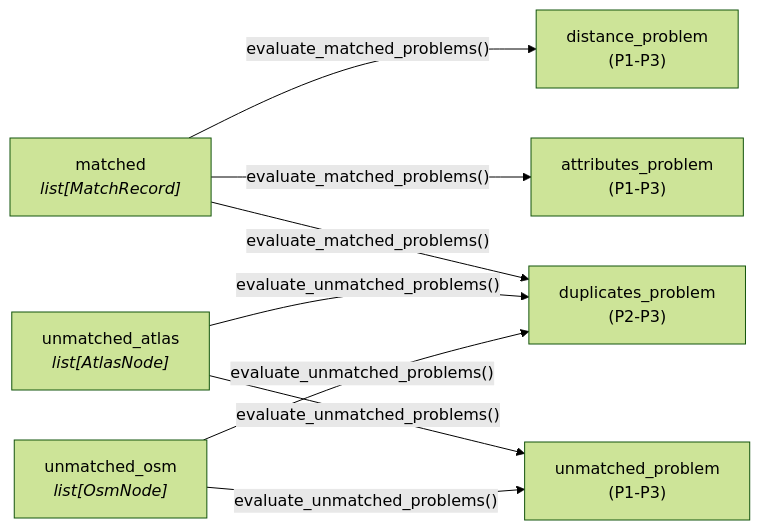
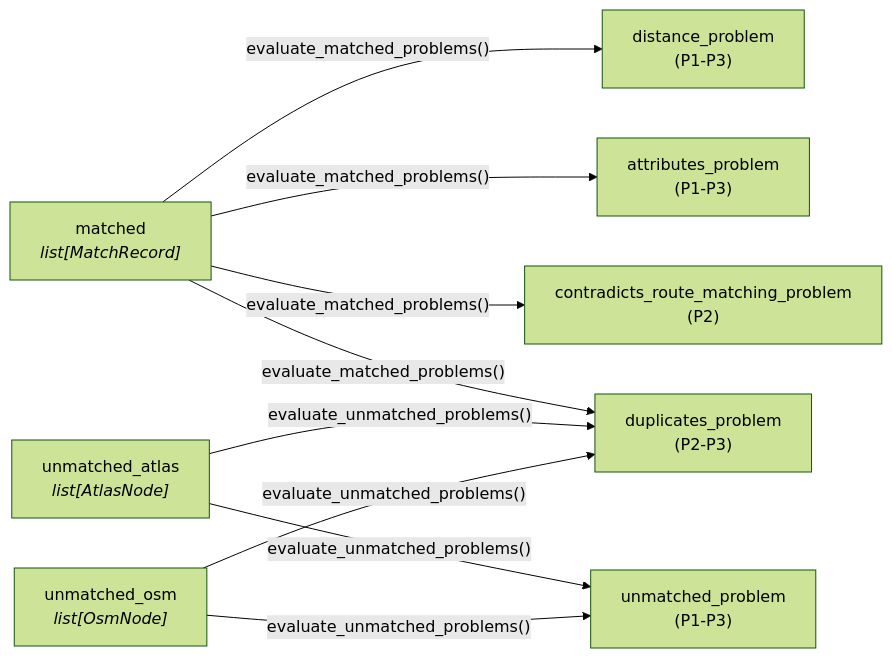
The second of 2 diagrams in documentation/3.1 Stop Problems.md (openTdataCH/stop_sync_osm_atlas), drawn with Mermaid (forest theme) before and after one commit. The commit also changed other lines of this file and 24 other files, not shown here.

Commit message:
Improved matching pipline order, gtfs predicate, deleted exact posspas predicate, added contradict route matching problem.

````diff
--- a/documentation/3.1 Stop Problems.md
+++ b/documentation/3.1 Stop Problems.md
@@ -27,12 +27,13 @@
 ```mermaid
 flowchart LR
     M["matched<br/><i>list[MatchRecord]</i>"]
     UA["unmatched_atlas<br/><i>list[AtlasNode]</i>"]
     UO["unmatched_osm<br/><i>list[OsmNode]</i>"]
 
     M -->|"evaluate_matched_problems()"| D["distance_problem<br/>(P1-P3)"]
     M -->|"evaluate_matched_problems()"| A["attributes_problem<br/>(P1-P3)"]
+    M -->|"evaluate_matched_problems()"| R["contradicts_route_matching_problem<br/>(P2)"]
     M -->|"evaluate_matched_problems()"| DUP["duplicates_problem<br/>(P2-P3)"]
     UA & UO -->|"evaluate_unmatched_problems()"| ISO["unmatched_problem<br/>(P1-P3)"]
     UA & UO -->|"evaluate_unmatched_problems()"| DUP
 ```
````
